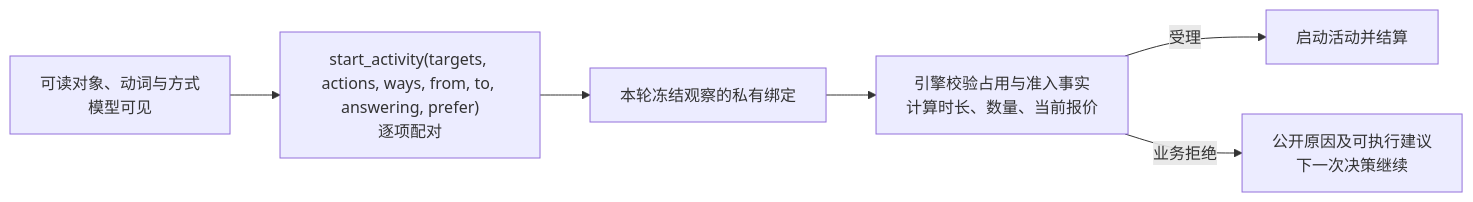
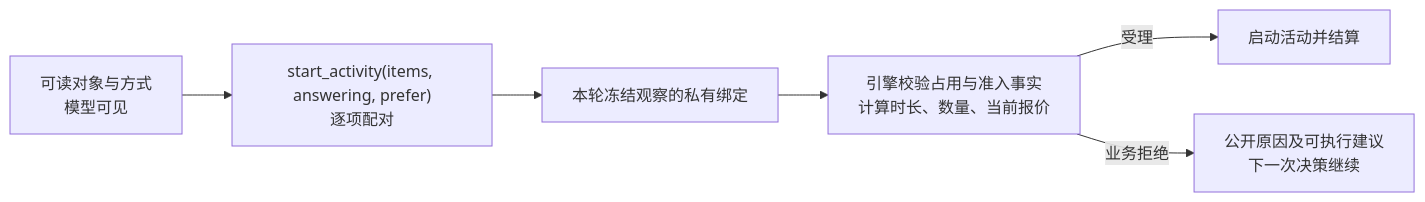
One commit to HoldThatThgt/WorldMock changed the third of 5 diagrams in docs/dev/SPEC-agent-interaction.md. Above: the diagram before and after it, drawn with Mermaid. The commit also changed other lines of this file and 266 other files, not shown here.

````diff
--- a/docs/dev/SPEC-agent-interaction.md
+++ b/docs/dev/SPEC-agent-interaction.md
@@ -237,8 +240,8 @@
 ```mermaid
 flowchart LR
-    O["可读对象、动词与方式<br/>模型可见"] --> S["start_activity(targets, actions, ways, from, to, answering, prefer)<br/>逐项配对"]
+    O["可读对象与方式<br/>模型可见"] --> S["start_activity(items, answering, prefer)<br/>逐项配对"]
     S --> B["本轮冻结观察的私有绑定"]
     B --> V["引擎校验占用与准入事实<br/>计算时长、数量、当前报价"]
     V -->|受理| A["启动活动并结算"]
     V -->|业务拒绝| R["公开原因及可执行建议<br/>下一次决策继续"]
 ```
````
